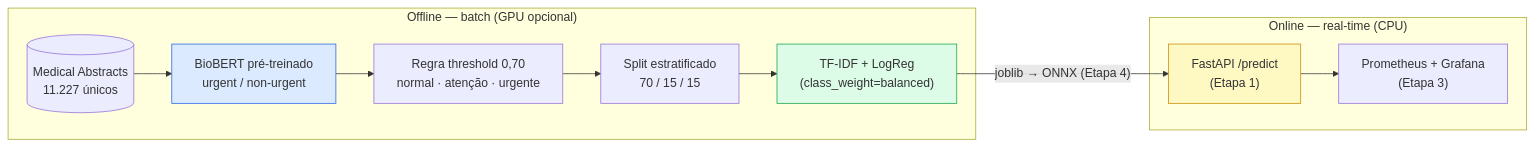
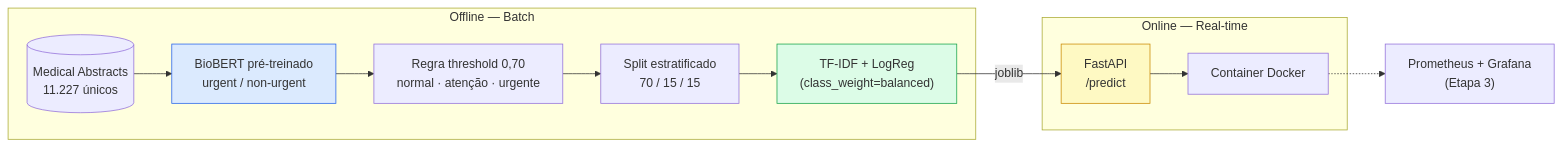
Before and after one commit to fabii2607/medical-triage-mlops: the diagram in README.md, drawn with Mermaid. The commit also changed other lines of this file and 8 other files, not shown here.

Commit message:
feat: finalize api and docker setup

````diff
--- a/README.md
+++ b/README.md
@@ -47,17 +44,22 @@
 ```mermaid
 flowchart LR
-    subgraph OFFLINE["Offline — batch (GPU opcional)"]
+
+    subgraph OFFLINE["Offline — Batch"]
         A[("Medical Abstracts<br/>11.227 únicos")] --> B["BioBERT pré-treinado<br/>urgent / non-urgent"]
         B --> C["Regra threshold 0,70<br/>normal · atenção · urgente"]
         C --> D["Split estratificado<br/>70 / 15 / 15"]
         D --> E["TF-IDF + LogReg<br/>(class_weight=balanced)"]
     end
-    subgraph ONLINE["Online — real-time (CPU)"]
-        F["FastAPI /predict<br/>(Etapa 1)"] --> G["Prometheus + Grafana<br/>(Etapa 3)"]
+
+    subgraph ONLINE["Online — Real-time"]
+        F["FastAPI<br/>/predict"] --> G["Container Docker"]
     end
-    E -->|"joblib → ONNX (Etapa 4)"| F
+
+    E -->|"joblib"| F
+
+    G -.-> H["Prometheus + Grafana<br/>(Etapa 3)"]
 
     style B fill:#dbeafe,stroke:#2563eb
     style E fill:#dcfce7,stroke:#16a34a
     style F fill:#fef9c3,stroke:#ca8a04
 ```
````
